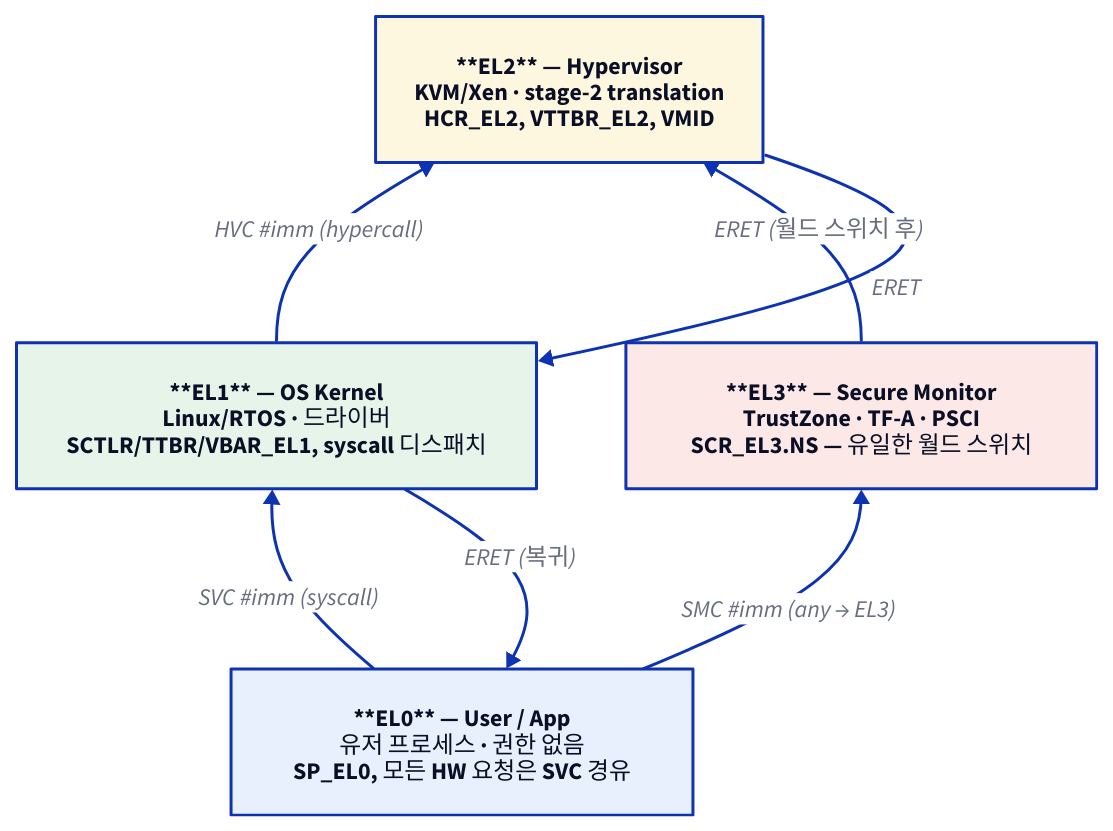
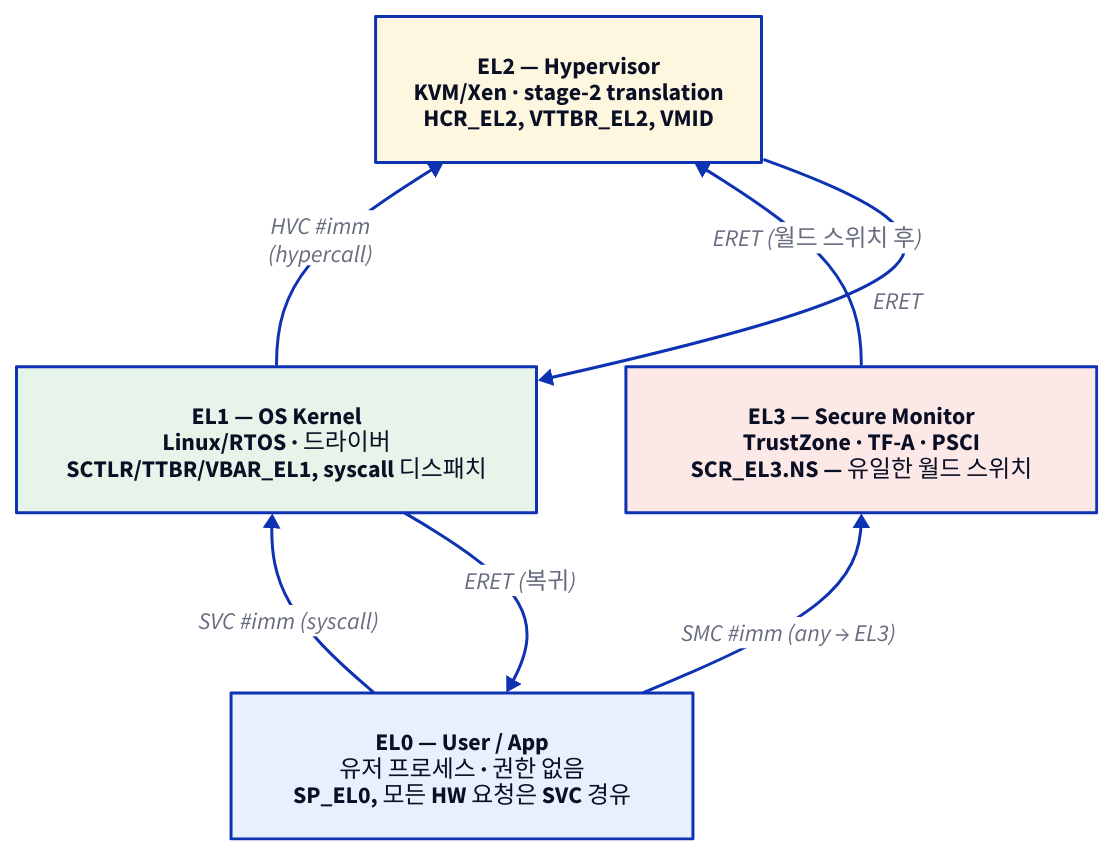
Before and after one commit to humbleowl39/DV_SKOOL: the first of 2 diagrams in starlight_site/src/content/docs/cpu_arm/03_exception_levels.md, drawn with D2. The commit also changed other lines of this file and 714 other files, not shown here.

First line of the commit message:
fix(site): d2 다이어그램 가독성 결함 6종 일괄 수정

````diff
--- a/starlight_site/src/content/docs/cpu_arm/03_exception_levels.md
+++ b/starlight_site/src/content/docs/cpu_arm/03_exception_levels.md
@@ -48,27 +48,27 @@
 ```d2
 direction: up
 
-EL0: "**EL0** — User / App\n유저 프로세스 · 권한 없음\nSP_EL0, 모든 HW 요청은 SVC 경유" {
+EL0: "EL0 — User / App\n유저 프로세스 · 권한 없음\nSP_EL0, 모든 HW 요청은 SVC 경유" {
   style.fill: "#e8f0fe"
   style.font-color: "#0A0F25"
 }
-EL1: "**EL1** — OS Kernel\nLinux/RTOS · 드라이버\nSCTLR/TTBR/VBAR_EL1, syscall 디스패치" {
+EL1: "EL1 — OS Kernel\nLinux/RTOS · 드라이버\nSCTLR/TTBR/VBAR_EL1, syscall 디스패치" {
   style.fill: "#e6f4ea"
   style.font-color: "#0A0F25"
 }
-EL2: "**EL2** — Hypervisor\nKVM/Xen · stage-2 translation\nHCR_EL2, VTTBR_EL2, VMID" {
+EL2: "EL2 — Hypervisor\nKVM/Xen · stage-2 translation\nHCR_EL2, VTTBR_EL2, VMID" {
   style.fill: "#fef7e0"
   style.font-color: "#0A0F25"
 }
-EL3: "**EL3** — Secure Monitor\nTrustZone · TF-A · PSCI\nSCR_EL3.NS — 유일한 월드 스위치" {
+EL3: "EL3 — Secure Monitor\nTrustZone · TF-A · PSCI\nSCR_EL3.NS — 유일한 월드 스위치" {
   style.fill: "#fce8e6"
   style.font-color: "#0A0F25"
 }
 
 EL0 -> EL1: "SVC #imm (syscall)"
-EL1 -> EL2: "HVC #imm (hypercall)"
+EL1 -> EL2: "HVC #imm\n(hypercall)"
 EL0 -> EL3: "SMC #imm (any → EL3)"
 EL1 -> EL0: "ERET (복귀)"
 EL2 -> EL1: "ERET"
 EL3 -> EL2: "ERET (월드 스위치 후)"
 ```
````
